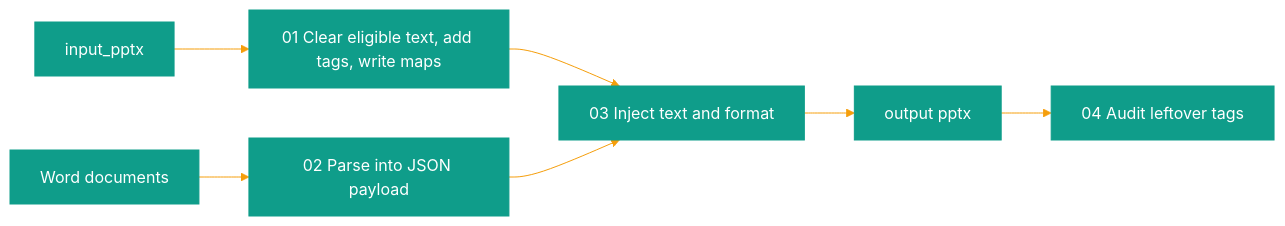
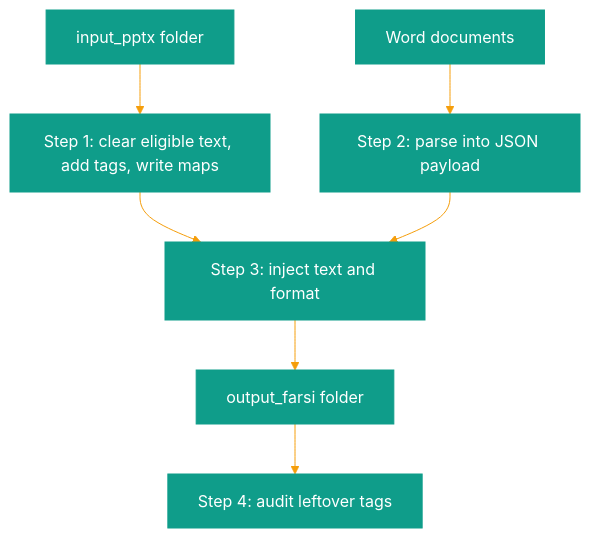
The second of 4 diagrams in README.md (id-er2/id-er2), drawn with Mermaid before and after one commit.

````diff
--- a/README.md
+++ b/README.md
@@ -130,10 +130,10 @@
 ```mermaid
 %%{init: {'theme':'base','themeVariables':{'primaryColor':'#0F9D8A','primaryTextColor':'#ffffff','primaryBorderColor':'#0F9D8A','lineColor':'#F59E0B','secondaryColor':'#374151','tertiaryColor':'#111827','cScale0':'#0F9D8A','cScale1':'#374151','cScale2':'#B45309','cScale3':'#0F9D8A','cScale4':'#374151','cScale5':'#B45309','cScale6':'#0F9D8A','cScaleLabel0':'#ffffff','cScaleLabel1':'#ffffff','cScaleLabel2':'#ffffff','cScaleLabel3':'#ffffff','cScaleLabel4':'#ffffff','cScaleLabel5':'#ffffff','cScaleLabel6':'#ffffff'}}}%%
-flowchart LR
-    A[input_pptx] --> B[01 Clear eligible text, add tags, write maps]
-    W[Word documents] --> C[02 Parse into JSON payload]
-    B --> D[03 Inject text and format]
+flowchart TD
+    A["input_pptx folder"] --> B["Step 1: clear eligible text, add tags, write maps"]
+    W["Word documents"] --> C["Step 2: parse into JSON payload"]
+    B --> D["Step 3: inject text and format"]
     C --> D
-    D --> E[output pptx]
-    E --> F[04 Audit leftover tags]
+    D --> E["output_farsi folder"]
+    E --> F["Step 4: audit leftover tags"]
 ```
````
